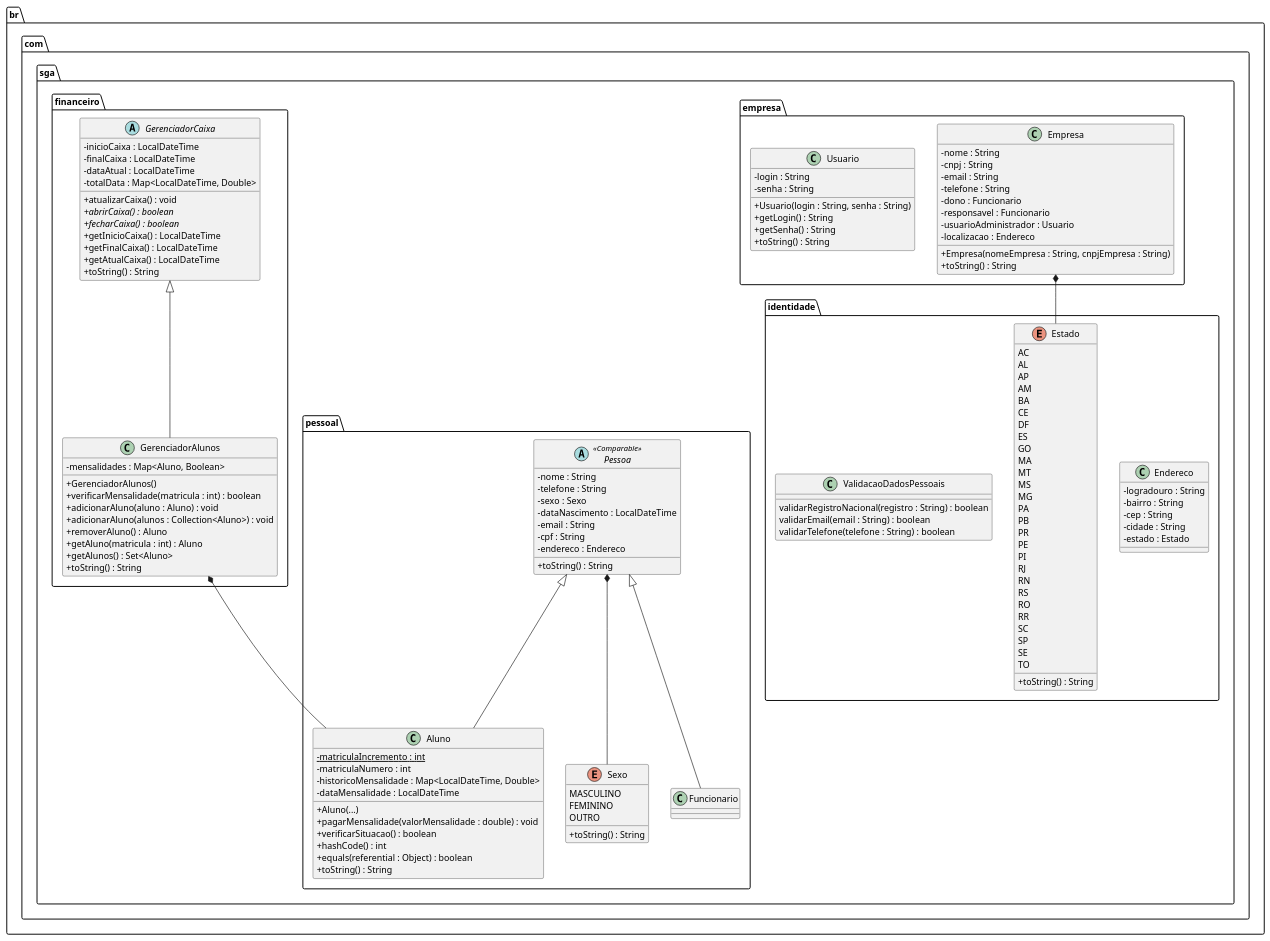
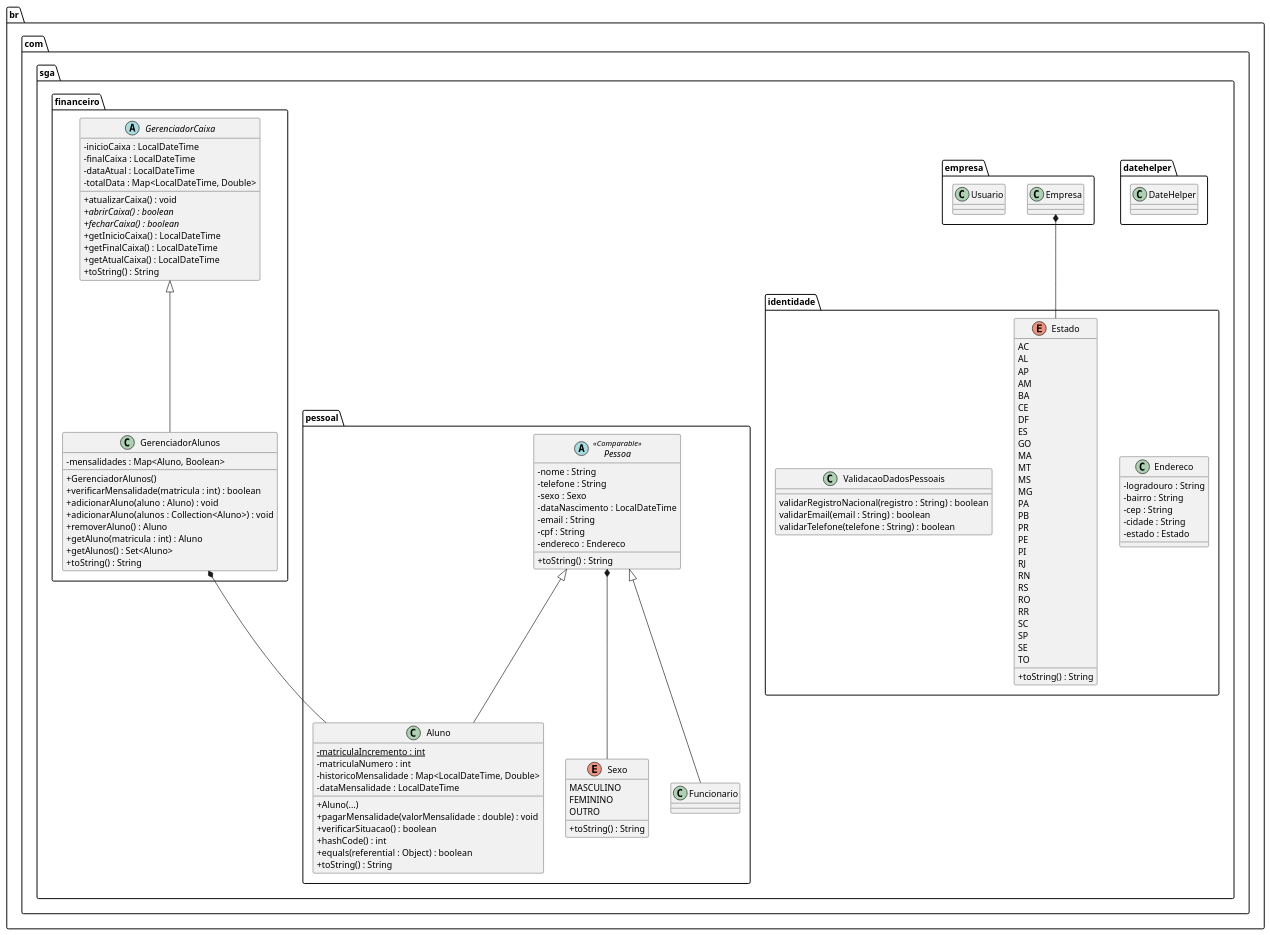
Before and after one commit to botelhocpp/SGA: the diagram in doc/uml/sga.plantuml, drawn with PlantUML. The commit also changed 4 other files, not shown here.

```diff
--- a/doc/uml/sga.plantuml
+++ b/doc/uml/sga.plantuml
@@ -5,149 +5,143 @@
 @startuml sga
 skinparam classAttributeIconSize 0
 
+
+package br.com.sga.datehelper <<Folder>> {
+
+     class DateHelper {
+          
+     }
+}
+
 package br.com.sga.empresa <<Folder>> {
      class Empresa {
-          -nome : String
-          -cnpj : String
-          -email : String
-          -telefone : String
-          -dono : Funcionario
-          -responsavel : Funcionario
-          -usuarioAdministrador : Usuario
-          -localizacao : Endereco
-          +Empresa(nomeEmpresa : String, cnpjEmpresa : String)
-          +toString() : String
+          
      }
 
      class Usuario {
-          -login : String
-          -senha : String
-          +Usuario(login : String, senha : String)
-          +getLogin() : String
-          +getSenha() : String
-          +toString() : String
+          
      }
 }
 
 package br.com.sga.identidade <<Folder>> {
 
      class Endereco {
           -logradouro : String
           -bairro : String
           -cep : String
           -cidade : String
           -estado : Estado
      }
 
      enum Estado {
           AC
           AL
           AP
           AM
           BA
           CE
           DF
           ES
           GO
           MA
           MT
           MS
           MG
           PA
           PB
           PR
           PE
           PI
           RJ
           RN
           RS
           RO
           RR
           SC
           SP
           SE
           TO
           +toString() : String
      }
 
      class ValidacaoDadosPessoais {
           validarRegistroNacional(registro : String) : boolean
           validarEmail(email : String) : boolean
           validarTelefone(telefone : String) : boolean
      }
 
 }
 package br.com.sga.pessoal <<Folder>> {
 
      abstract class Pessoa <<Comparable>> {
           -nome : String
           -telefone : String
           -sexo : Sexo
           -dataNascimento : LocalDateTime
           -email : String
           -cpf : String
           -endereco : Endereco
           +toString() : String
      }
 
      class Funcionario extends Pessoa {
 
      }
 
      class Aluno extends Pessoa {
           {static} -matriculaIncremento : int
           -matriculaNumero : int
           -historicoMensalidade : Map<LocalDateTime, Double>
           -dataMensalidade : LocalDateTime
           +Aluno(...)
           +pagarMensalidade(valorMensalidade : double) : void
           +verificarSituacao() : boolean
           +hashCode() : int
           +equals(referential : Object) : boolean
           +toString() : String
      }
 
      enum Sexo {
           MASCULINO
           FEMININO
           OUTRO
           +toString() : String
      }
 }
 
 package br.com.sga.financeiro <<Folder>> {
 
      abstract class GerenciadorCaixa {
           -inicioCaixa : LocalDateTime
           -finalCaixa : LocalDateTime
           -dataAtual : LocalDateTime
           -totalData : Map<LocalDateTime, Double>
           +atualizarCaixa() : void
           {abstract} +abrirCaixa() : boolean
           {abstract} +fecharCaixa() : boolean
           +getInicioCaixa() : LocalDateTime
           +getFinalCaixa() : LocalDateTime
           +getAtualCaixa() : LocalDateTime
           +toString() : String
      }
 
      class GerenciadorAlunos extends GerenciadorCaixa {
           -mensalidades : Map<Aluno, Boolean>
           +GerenciadorAlunos()
           +verificarMensalidade(matricula : int) : boolean
           +adicionarAluno(aluno : Aluno) : void
           +adicionarAluno(alunos : Collection<Aluno>) : void
           +removerAluno() : Aluno
           +getAluno(matricula : int) : Aluno
           +getAlunos() : Set<Aluno>
           +toString() : String
      }
 }
 
 Pessoa *-- Sexo
 
 GerenciadorAlunos *-- Aluno
 
 Empresa *-- Estado
 
 @enduml
```
